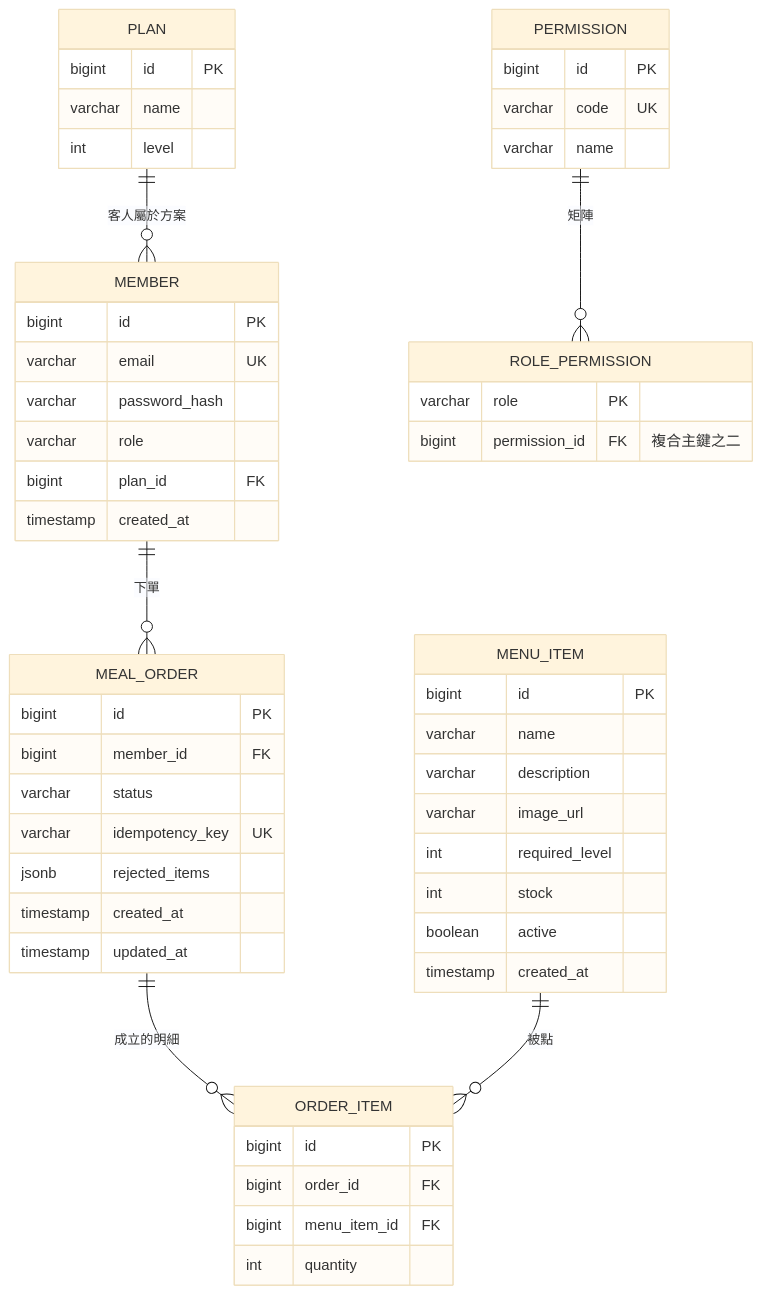
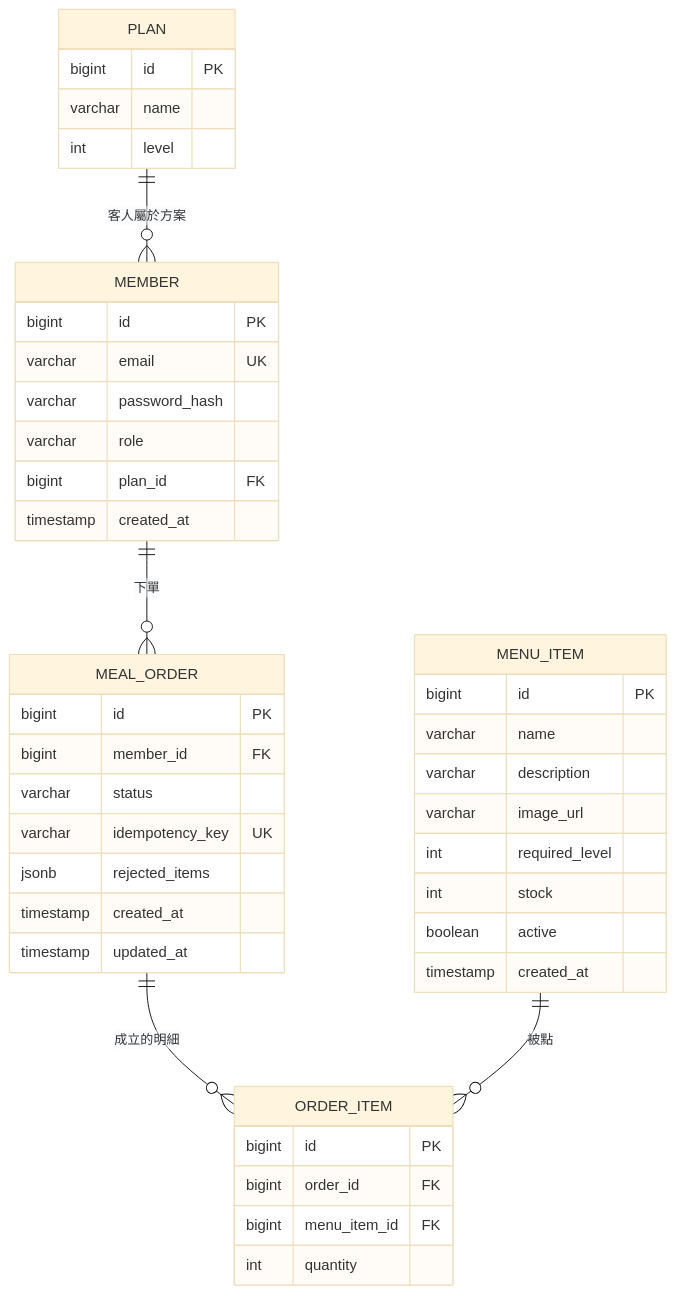
One commit to harry930216/eatrush changed the second of 3 diagrams in docs/2026-07-07-eatrush-design.md. Above: the diagram before and after it, drawn with Mermaid (base theme). The commit also changed other lines of this file and 4 other files, not shown here.

````diff
--- a/docs/2026-07-07-eatrush-design.md
+++ b/docs/2026-07-07-eatrush-design.md
@@ -88,56 +88,46 @@
 ```mermaid
 erDiagram
     PLAN ||--o{ MEMBER : "客人屬於方案"
     MEMBER ||--o{ MEAL_ORDER : "下單"
     MEAL_ORDER ||--o{ ORDER_ITEM : "成立的明細"
     MENU_ITEM ||--o{ ORDER_ITEM : "被點"
-    PERMISSION ||--o{ ROLE_PERMISSION : "矩陣"
 
     PLAN {
         bigint id PK
         varchar name
         int level
     }
     MEMBER {
         bigint id PK
         varchar email UK
         varchar password_hash
         varchar role
         bigint plan_id FK
         timestamp created_at
     }
     MENU_ITEM {
         bigint id PK
         varchar name
         varchar description
         varchar image_url
         int required_level
         int stock
         boolean active
         timestamp created_at
     }
-    PERMISSION {
-        bigint id PK
-        varchar code UK
-        varchar name
-    }
-    ROLE_PERMISSION {
-        varchar role PK
-        bigint permission_id FK "複合主鍵之二"
-    }
     MEAL_ORDER {
         bigint id PK
         bigint member_id FK
         varchar status
         varchar idempotency_key UK
         jsonb rejected_items
         timestamp created_at
         timestamp updated_at
     }
     ORDER_ITEM {
         bigint id PK
         bigint order_id FK
         bigint menu_item_id FK
         int quantity
     }
 ```
````
